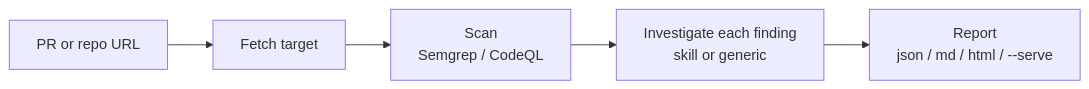
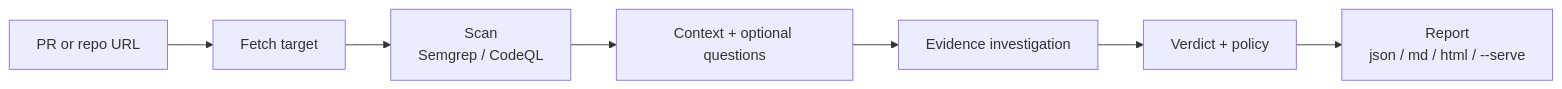
One commit to prasannasalunkhe18/ThreatLens changed the second of 2 diagrams in README.md. Above: the diagram before and after it, drawn with Mermaid. The commit also changed other lines of this file and 51 other files, not shown here.

````diff
--- a/README.md
+++ b/README.md
@@ -88,7 +90,9 @@
 ```mermaid
 flowchart LR
     A[PR or repo URL] --> B[Fetch target]
     B --> C[Scan<br/>Semgrep / CodeQL]
-    C --> D[Investigate each finding<br/>skill or generic]
-    D --> E[Report<br/>json / md / html / --serve]
+    C --> D[Context + optional questions]
+    D --> E[Evidence investigation]
+    E --> F[Verdict + policy]
+    F --> G[Report<br/>json / md / html / --serve]
 ```
````
